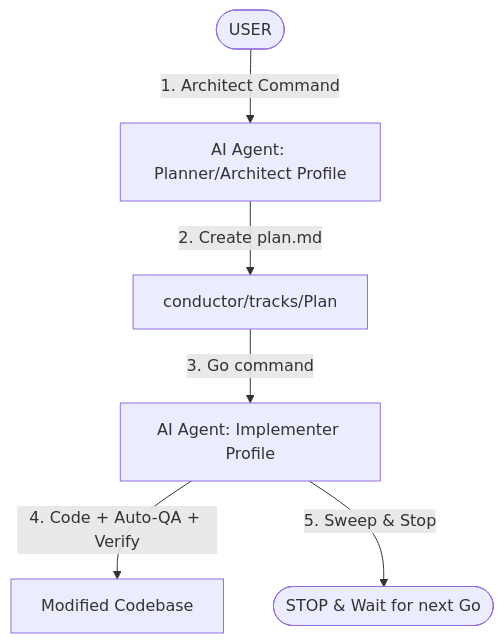
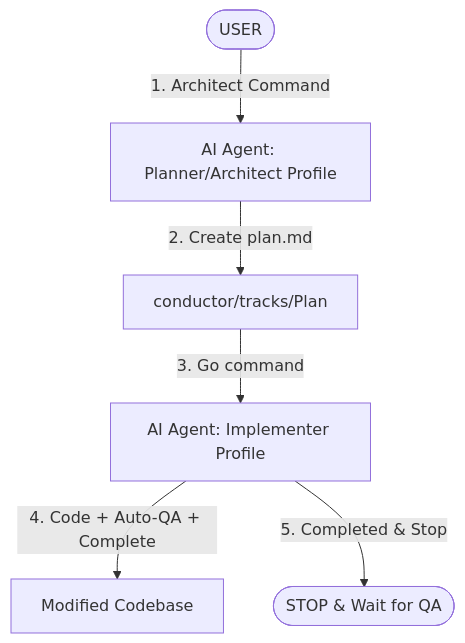
The diagram in docs/AI_WORKFLOW_GUIDE.md (AKRA-WEB/ProjectERP), drawn with Mermaid before and after one commit. The commit also changed other lines of this file and 51 other files, not shown here.

````diff
--- a/docs/AI_WORKFLOW_GUIDE.md
+++ b/docs/AI_WORKFLOW_GUIDE.md
@@ -26,8 +26,8 @@
 ```mermaid
 graph TD
     User([USER]) -->|1. Architect Command| Agent_A[AI Agent: Planner/Architect Profile]
     Agent_A -->|2. Create plan.md| Plan[conductor/tracks/Plan]
     Plan -->|3. Go command| Agent_B[AI Agent: Implementer Profile]
-    Agent_B -->|4. Code + Auto-QA + Verify| Code[Modified Codebase]
-    Agent_B -->|5. Sweep & Stop| Stop([STOP & Wait for next Go])
+    Agent_B -->|4. Code + Auto-QA + Complete| Code[Modified Codebase]
+    Agent_B -->|5. Completed & Stop| Stop([STOP & Wait for QA])
 ```
````
